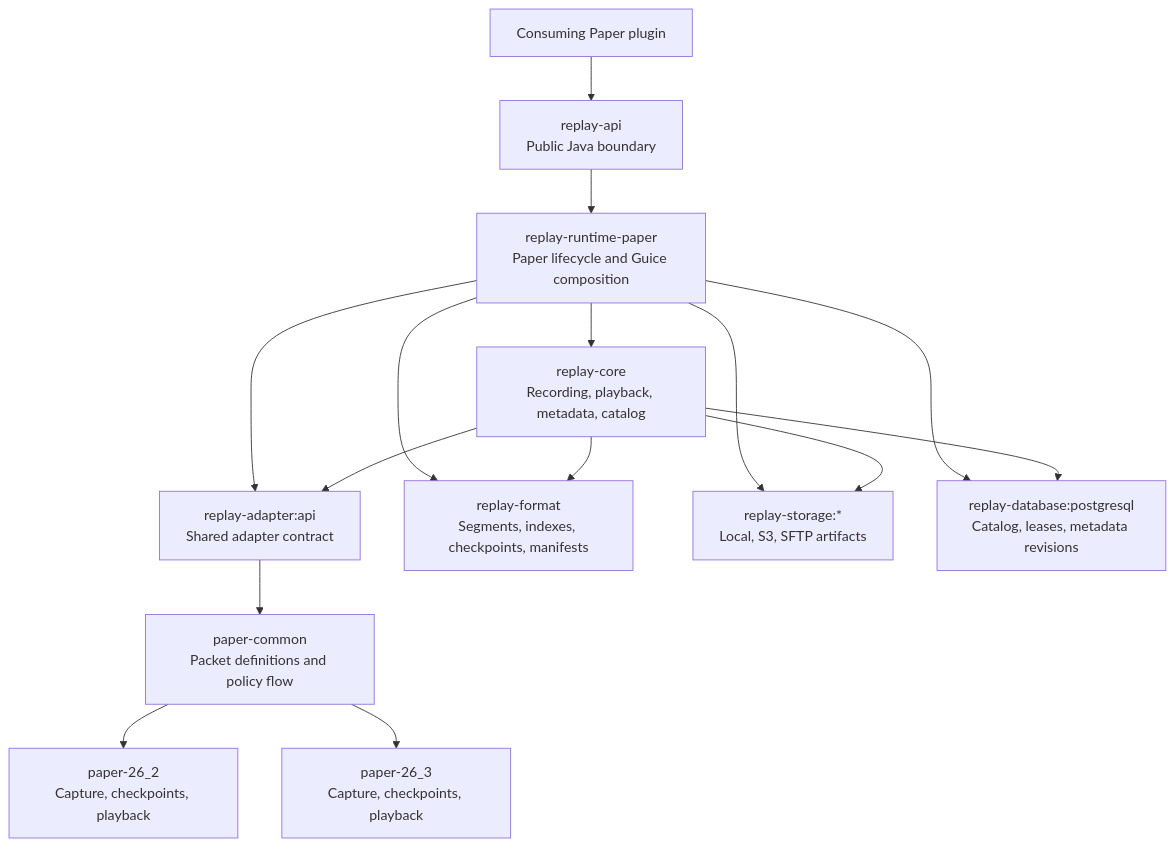
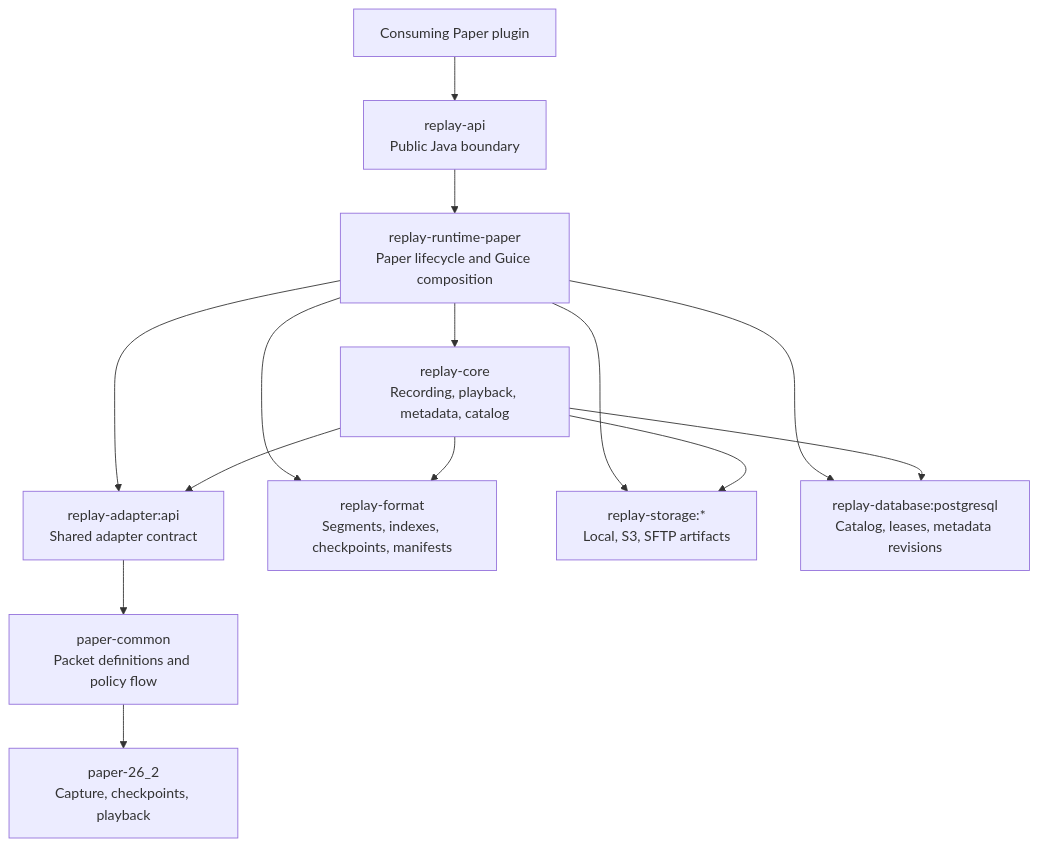
Before and after one commit to schmolldechse/replay-framework: the first of 3 diagrams in docs/architecture.md, drawn with Mermaid. The commit also changed other lines of this file and 172 other files, not shown here.

````diff
--- a/docs/architecture.md
+++ b/docs/architecture.md
@@ -9,19 +9,18 @@
 ```mermaid
 flowchart TD
     plugin["Consuming Paper plugin"] --> api["replay-api<br/>Public Java boundary"]
     api --> runtime["replay-runtime-paper<br/>Paper lifecycle and Guice composition"]
 
     runtime --> core["replay-core<br/>Recording, playback, metadata, catalog"]
     runtime --> adapterApi["replay-adapter:api<br/>Shared adapter contract"]
     adapterApi --> paperCommon["paper-common<br/>Packet definitions and policy flow"]
     paperCommon --> adapter262["paper-26_2<br/>Capture, checkpoints, playback"]
-    paperCommon --> adapter263["paper-26_3<br/>Capture, checkpoints, playback"]
     runtime --> format["replay-format<br/>Segments, indexes, checkpoints, manifests"]
     runtime --> storage["replay-storage:*<br/>Local, S3, SFTP artifacts"]
     runtime --> database["replay-database:postgresql<br/>Catalog, leases, metadata revisions"]
 
     core --> adapterApi
     core --> format
     core --> storage
     core --> database
 ```
````
